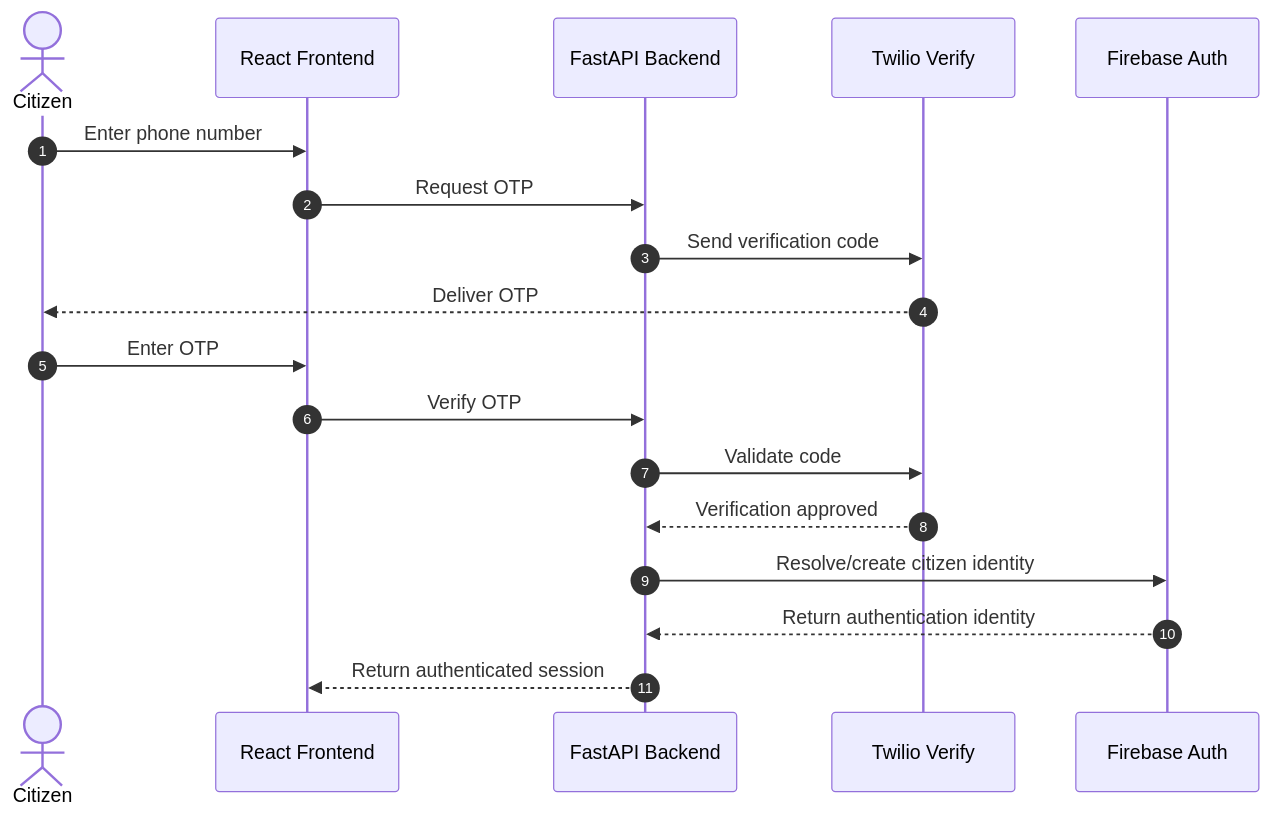
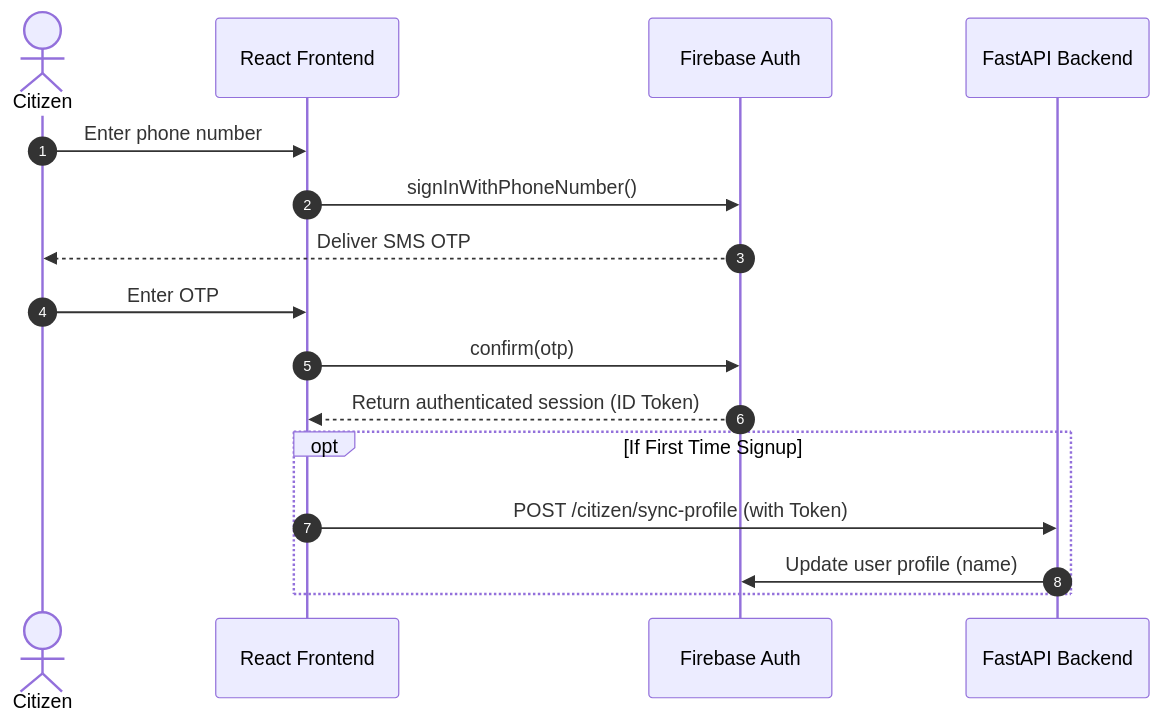
Before and after one commit to Harshit-Awasthi-05/Jan-Awaaz-AI: the fourth of 6 diagrams in README.md, drawn with Mermaid. The commit also changed other lines of this file, not shown here.

Commit message:
docs: update README with Firebase Phone Auth and new grievance map features

````diff
--- a/README.md
+++ b/README.md
@@ -368,21 +367,20 @@
 ``` mermaid
 sequenceDiagram
     autonumber
     actor Citizen
     participant FE as React Frontend
+    participant Firebase as Firebase Auth
     participant API as FastAPI Backend
-    participant Twilio as Twilio Verify
-    participant Firebase as Firebase Auth
 
     Citizen->>FE: Enter phone number
-    FE->>API: Request OTP
-    API->>Twilio: Send verification code
-    Twilio-->>Citizen: Deliver OTP
+    FE->>Firebase: signInWithPhoneNumber()
+    Firebase-->>Citizen: Deliver SMS OTP
     Citizen->>FE: Enter OTP
-    FE->>API: Verify OTP
-    API->>Twilio: Validate code
-    Twilio-->>API: Verification approved
-    API->>Firebase: Resolve/create citizen identity
-    Firebase-->>API: Return authentication identity
-    API-->>FE: Return authenticated session
+    FE->>Firebase: confirm(otp)
+    Firebase-->>FE: Return authenticated session (ID Token)
+    
+    opt If First Time Signup
+        FE->>API: POST /citizen/sync-profile (with Token)
+        API->>Firebase: Update user profile (name)
+    end
 ```
````
